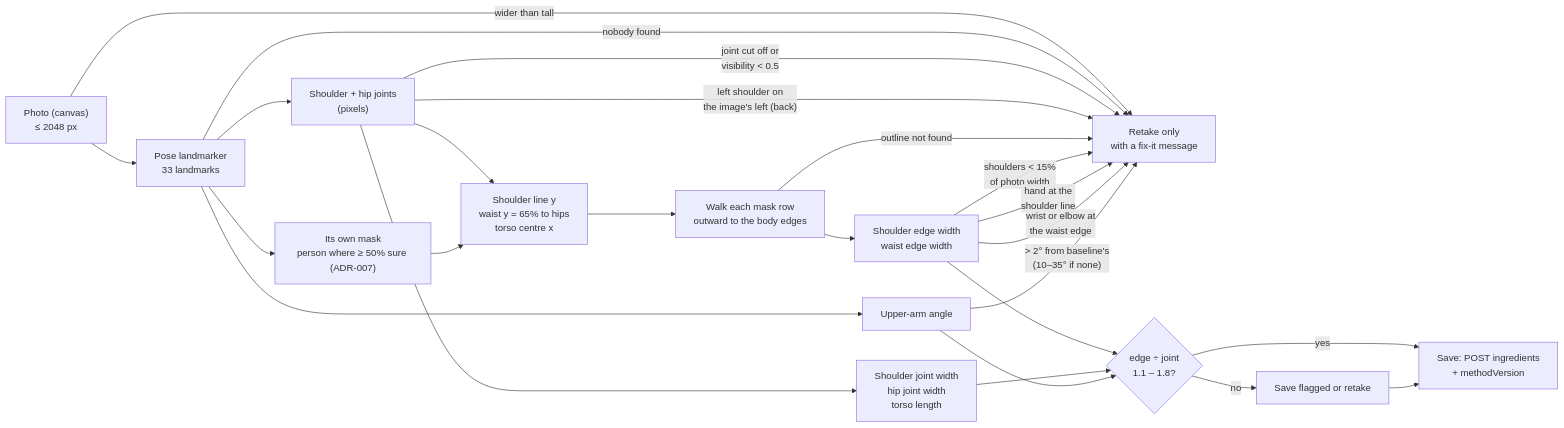
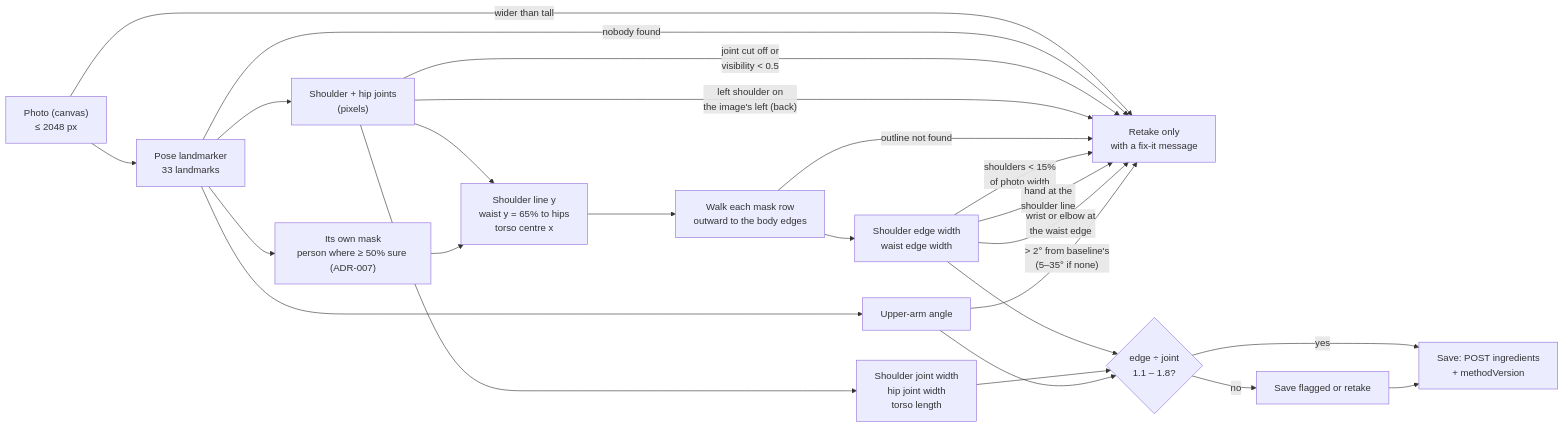
One commit to ashutosharma2/LiftLens changed the tenth of 15 diagrams in docs/architecture.md. Above: the diagram before and after it, drawn with Mermaid. The commit also changed 5 other files, not shown here.

````diff
--- a/docs/architecture.md
+++ b/docs/architecture.md
@@ -323,27 +323,27 @@
 ```mermaid
 flowchart LR
     Photo["Photo (canvas)<br/>≤ 2048 px"] --> Pose["Pose landmarker<br/>33 landmarks"]
     Photo -- "wider than tall" --> Retake
     Pose --> Seg["Its own mask<br/>person where ≥ 50% sure (ADR-007)"]
     Pose --> Pts["Shoulder + hip joints<br/>(pixels)"]
     Pts --> Rows["Shoulder line y<br/>waist y = 65% to hips<br/>torso centre x"]
     Seg --> Rows
     Rows --> Edges["Walk each mask row<br/>outward to the body edges"]
     Edges --> Widths["Shoulder edge width<br/>waist edge width"]
     Pts --> Joints["Shoulder joint width<br/>hip joint width<br/>torso length"]
     Pose -- "nobody found" --> Retake["Retake only<br/>with a fix-it message"]
     Pts -- "joint cut off or<br/>visibility < 0.5" --> Retake
     Pts -- "left shoulder on<br/>the image's left (back)" --> Retake
     Edges -- "outline not found" --> Retake
     Widths -- "shoulders < 15%<br/>of photo width" --> Retake
     Widths -- "hand at the<br/>shoulder line" --> Retake
     Widths -- "wrist or elbow at<br/>the waist edge" --> Retake
     Pose --> Angle["Upper-arm angle"]
-    Angle -- "> 2° from baseline's<br/>(10–35° if none)" --> Retake
+    Angle -- "> 2° from baseline's<br/>(5–35° if none)" --> Retake
     Widths --> Check{"edge ÷ joint<br/>1.1 – 1.8?"}
     Joints --> Check
     Angle --> Check
     Check -- "yes" --> Send["Save: POST ingredients<br/>+ methodVersion"]
     Check -- "no" --> Flag["Save flagged or retake"]
     Flag --> Send
 ```
````
